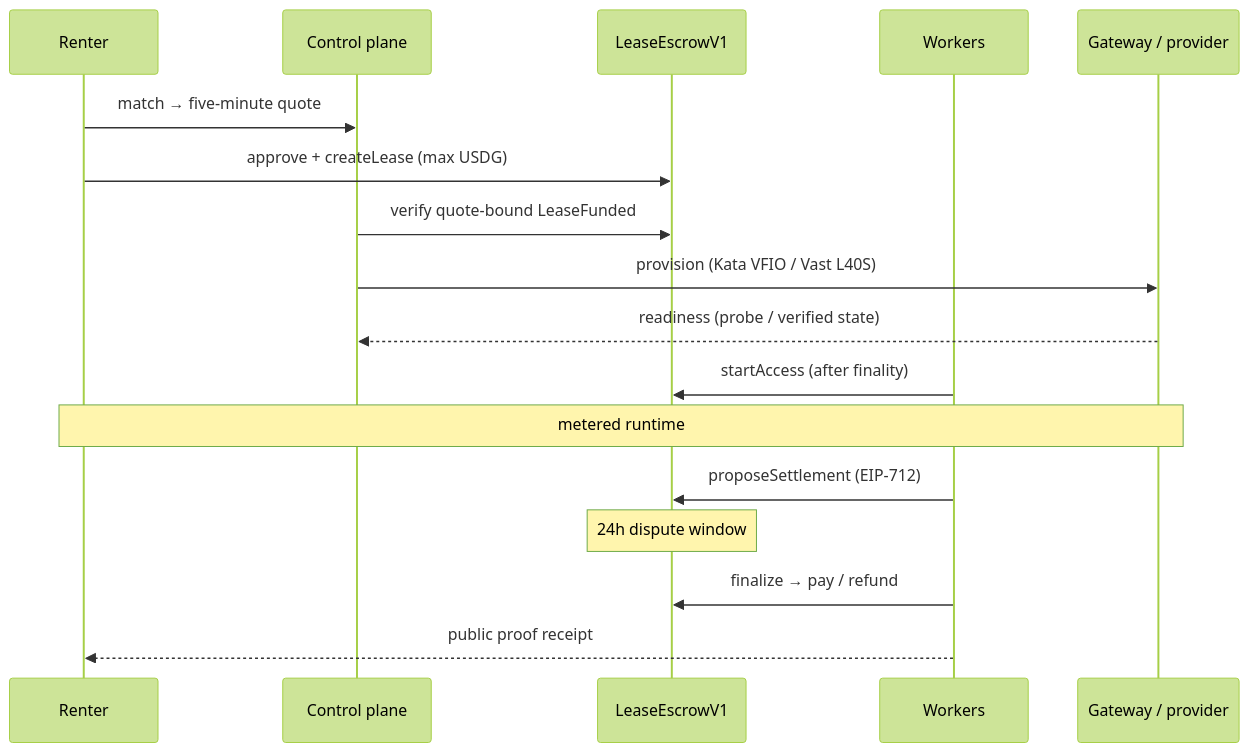
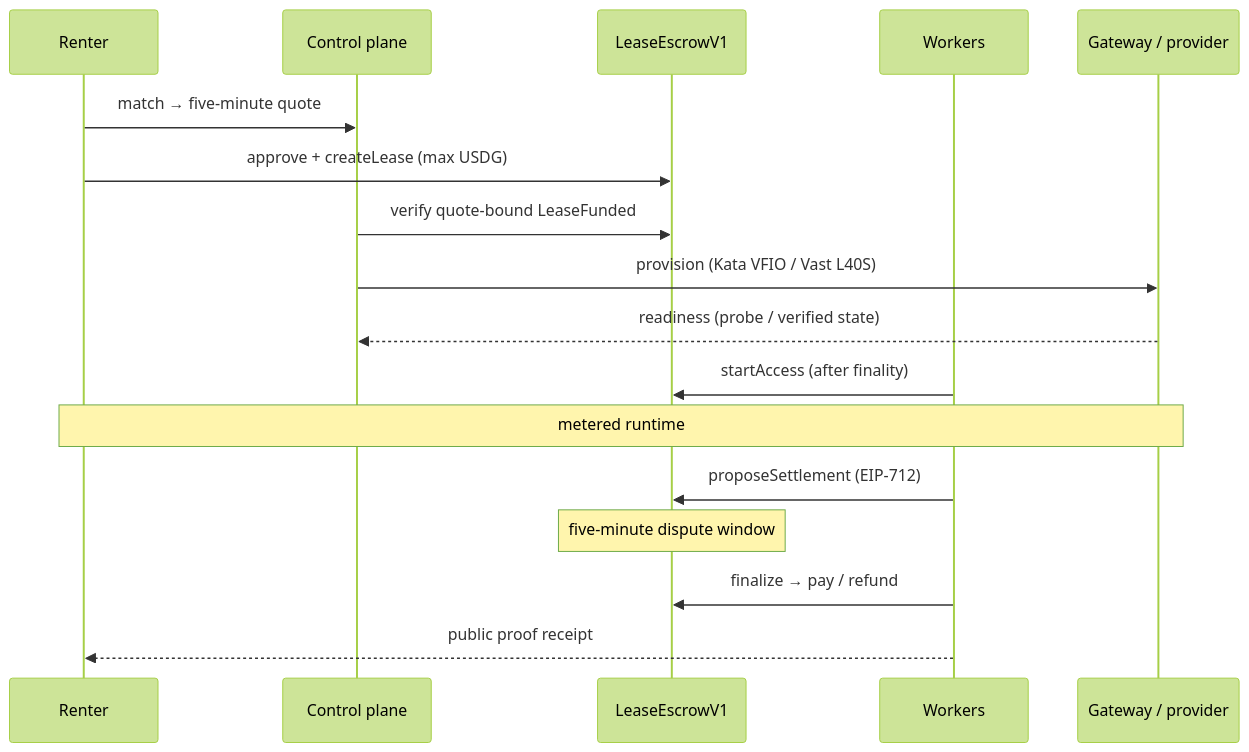
Before and after one commit to prismnetwork-tech/prism: the second of 2 diagrams in docs/ARCHITECTURE.md, drawn with Mermaid (forest theme). The commit also changed other lines of this file and 39 other files, not shown here.

````diff
--- a/docs/ARCHITECTURE.md
+++ b/docs/ARCHITECTURE.md
@@ -158,20 +158,20 @@
 ```mermaid
 sequenceDiagram
     participant R as Renter
     participant C as Control plane
     participant E as LeaseEscrowV1
     participant W as Workers
     participant G as Gateway / provider
 
     R->>C: match → five-minute quote
     R->>E: approve + createLease (max USDG)
     C->>E: verify quote-bound LeaseFunded
     C->>G: provision (Kata VFIO / Vast L40S)
     G-->>C: readiness (probe / verified state)
     W->>E: startAccess (after finality)
     Note over R,G: metered runtime
     W->>E: proposeSettlement (EIP-712)
-    Note over E: 24h dispute window
+    Note over E: five-minute dispute window
     W->>E: finalize → pay / refund
     W-->>R: public proof receipt
 ```
````
